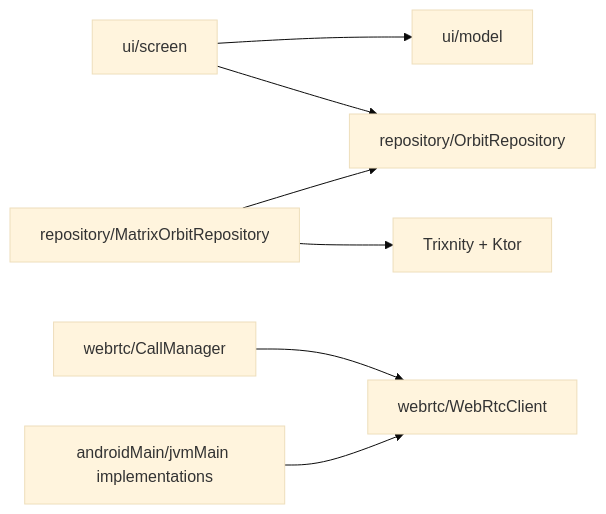
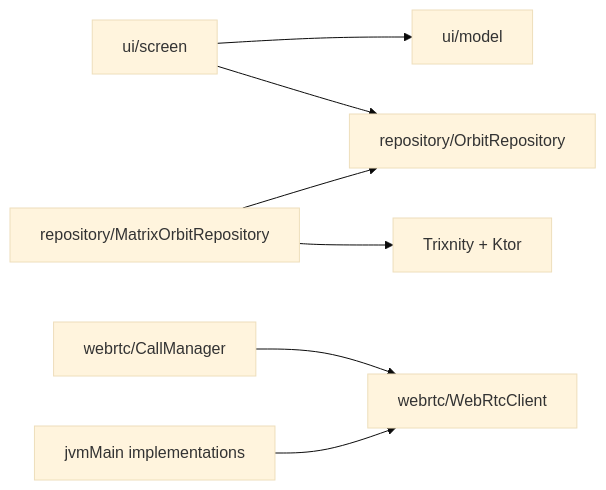
One commit to AhmadHasssan9181/orbit changed the third of 24 diagrams in README.md. Above: the diagram before and after it, drawn with Mermaid (base theme). The commit also changed other lines of this file and 56 other files, not shown here.

````diff
--- a/README.md
+++ b/README.md
@@ -164,9 +164,9 @@
 ```mermaid
 flowchart LR
     UI["ui/screen"] --> UIModels["ui/model"]
     UI --> RepositoryAPI["repository/OrbitRepository"]
     RepositoryImpl["repository/MatrixOrbitRepository"] --> RepositoryAPI
     RepositoryImpl --> MatrixSDK["Trixnity + Ktor"]
     Calls["webrtc/CallManager"] --> WebRtcAPI["webrtc/WebRtcClient"]
-    PlatformImpls["androidMain/jvmMain implementations"] --> WebRtcAPI
+    PlatformImpls["jvmMain implementations"] --> WebRtcAPI
 ```
````
